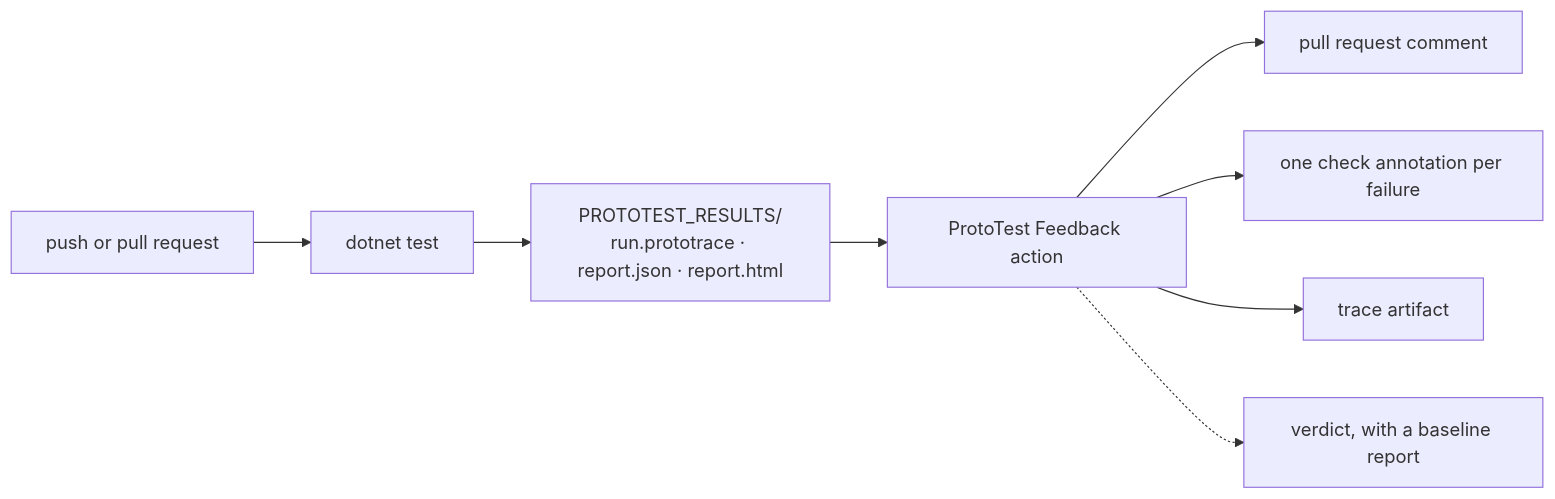
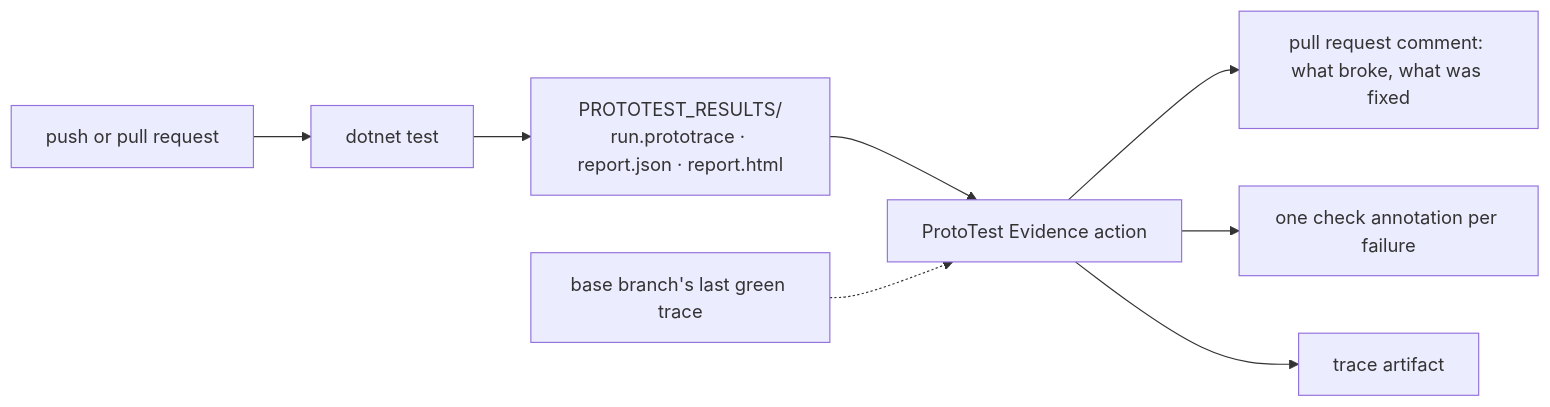
Before and after one commit to MSeys/ProtoTest: the first of 2 diagrams in docs/docs/continuous-integration/index.md, drawn with Mermaid. The commit also changed other lines of this file and 20 other files, not shown here.

Commit message:
Move the GitHub Action to its own repository and post what a pull request broke and fixed against the base branch.

````diff
--- a/docs/docs/continuous-integration/index.md
+++ b/docs/docs/continuous-integration/index.md
@@ -13,10 +13,10 @@
 ```mermaid
 flowchart LR
     push["push or pull request"] --> test["dotnet test"]
     test --> folder["PROTOTEST_RESULTS/<br/>run.prototrace · report.json · report.html"]
-    folder --> action["ProtoTest Feedback action"]
-    action --> comment["pull request comment"]
+    folder --> action["ProtoTest Evidence action"]
+    base["base branch's last green trace"] -.-> action
+    action --> comment["pull request comment: what broke, what was fixed"]
     action --> annotations["one check annotation per failure"]
     action --> artifact["trace artifact"]
-    action -.-> verdict["verdict, with a baseline report"]
 ```
````
